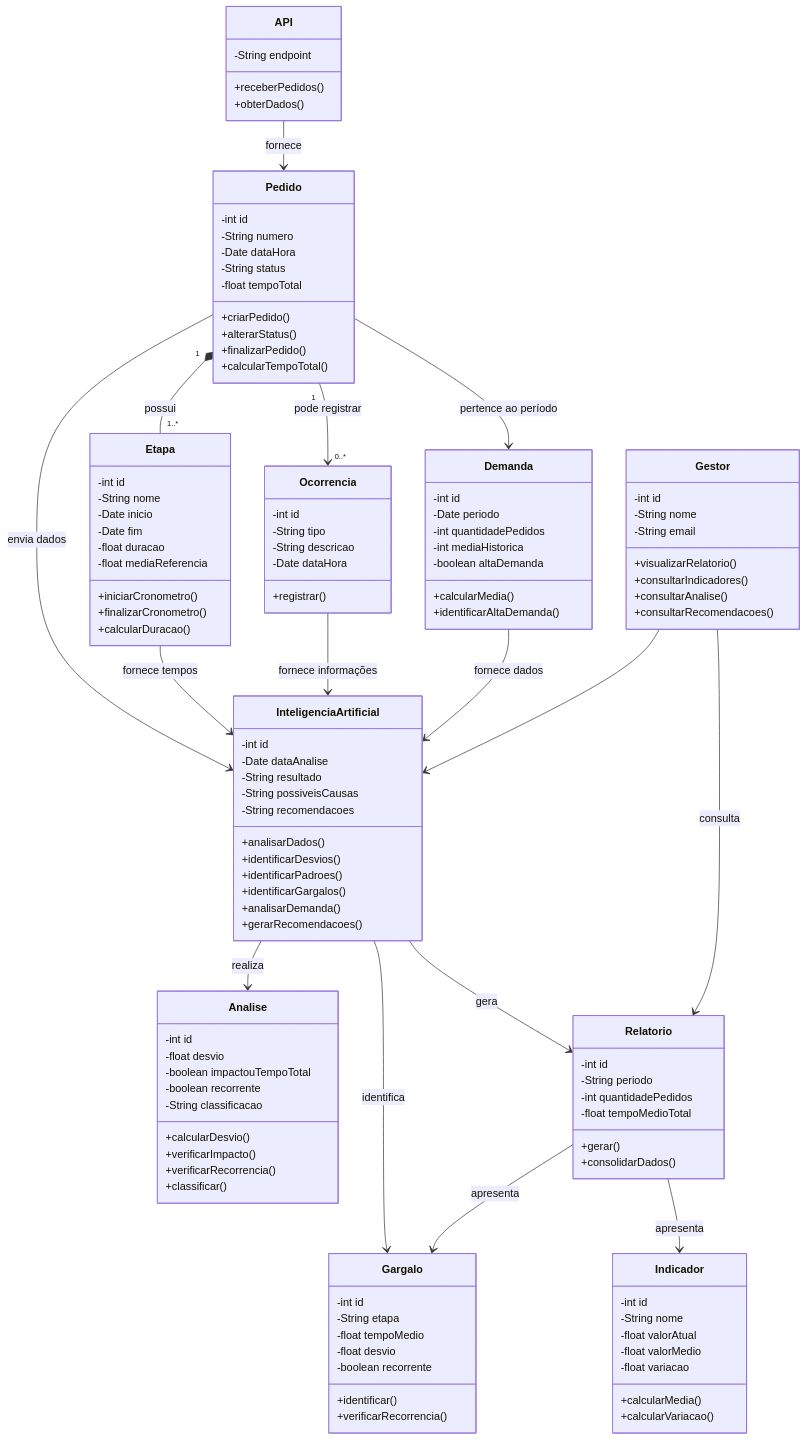
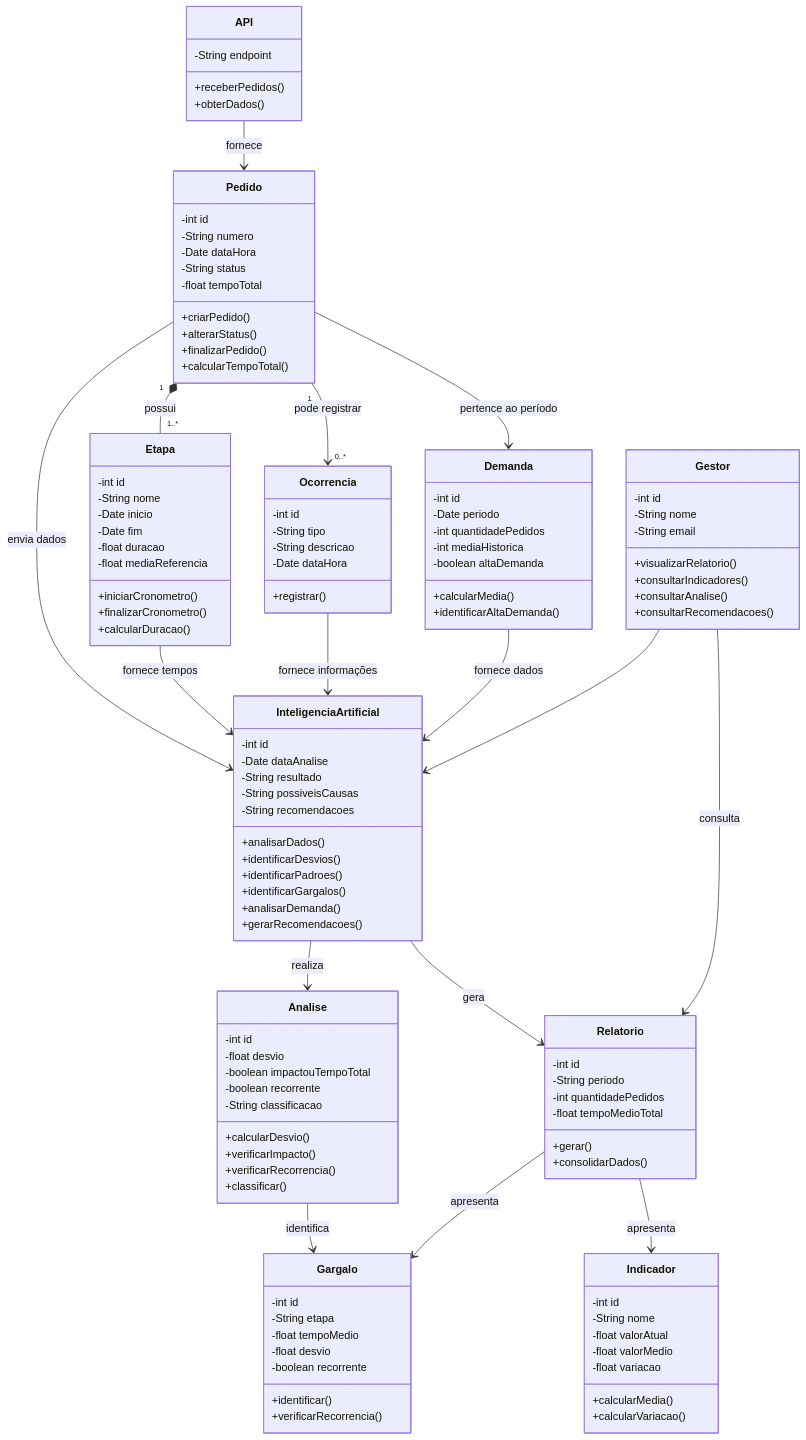
One commit to FaelzXit/FoodPoint changed the diagram in docx/DiagramaClasseFoodPoint.mmd. Above: the diagram before and after it, drawn with Mermaid.

Commit message:
Update relationship from InteligenciaArtificial to Analise

```diff
--- a/docx/DiagramaClasseFoodPoint.mmd
+++ b/docx/DiagramaClasseFoodPoint.mmd
@@ -1,130 +1,130 @@
 classDiagram
 direction TB
     class API {
 	    -String endpoint
 	    +receberPedidos()
 	    +obterDados()
     }
 
     class Pedido {
 	    -int id
 	    -String numero
 	    -Date dataHora
 	    -String status
 	    -float tempoTotal
 	    +criarPedido()
 	    +alterarStatus()
 	    +finalizarPedido()
 	    +calcularTempoTotal()
     }
 
     class Etapa {
 	    -int id
 	    -String nome
 	    -Date inicio
 	    -Date fim
 	    -float duracao
 	    -float mediaReferencia
 	    +iniciarCronometro()
 	    +finalizarCronometro()
 	    +calcularDuracao()
     }
 
     class Ocorrencia {
 	    -int id
 	    -String tipo
 	    -String descricao
 	    -Date dataHora
 	    +registrar()
     }
 
     class Demanda {
 	    -int id
 	    -Date periodo
 	    -int quantidadePedidos
 	    -int mediaHistorica
 	    -boolean altaDemanda
 	    +calcularMedia()
 	    +identificarAltaDemanda()
     }
 
     class InteligenciaArtificial {
 	    -int id
 	    -Date dataAnalise
 	    -String resultado
 	    -String possiveisCausas
 	    -String recomendacoes
 	    +analisarDados()
 	    +identificarDesvios()
 	    +identificarPadroes()
 	    +identificarGargalos()
 	    +analisarDemanda()
 	    +gerarRecomendacoes()
     }
 
     class Analise {
 	    -int id
 	    -float desvio
 	    -boolean impactouTempoTotal
 	    -boolean recorrente
 	    -String classificacao
 	    +calcularDesvio()
 	    +verificarImpacto()
 	    +verificarRecorrencia()
 	    +classificar()
     }
 
     class Gargalo {
 	    -int id
 	    -String etapa
 	    -float tempoMedio
 	    -float desvio
 	    -boolean recorrente
 	    +identificar()
 	    +verificarRecorrencia()
     }
 
     class Indicador {
 	    -int id
 	    -String nome
 	    -float valorAtual
 	    -float valorMedio
 	    -float variacao
 	    +calcularMedia()
 	    +calcularVariacao()
     }
 
     class Relatorio {
 	    -int id
 	    -String periodo
 	    -int quantidadePedidos
 	    -float tempoMedioTotal
 	    +gerar()
 	    +consolidarDados()
     }
 
     class Gestor {
 	    -int id
 	    -String nome
 	    -String email
 	    +visualizarRelatorio()
 	    +consultarIndicadores()
 	    +consultarAnalise()
 	    +consultarRecomendacoes()
     }
 
     API --> Pedido : fornece
     Pedido "1" *-- "1..*" Etapa : possui
     Pedido "1" --> "0..*" Ocorrencia : pode registrar
     Pedido --> Demanda : pertence ao período
     Pedido --> InteligenciaArtificial : envia dados
     Etapa --> InteligenciaArtificial : fornece tempos
     Ocorrencia --> InteligenciaArtificial : fornece informações
     Demanda --> InteligenciaArtificial : fornece dados
     InteligenciaArtificial --> Analise : realiza
-    InteligenciaArtificial --> Gargalo : identifica
+    Analise --> Gargalo : identifica
     InteligenciaArtificial --> Relatorio : gera
     Relatorio --> Indicador : apresenta
     Relatorio --> Gargalo : apresenta
     Gestor --> Relatorio : consulta
     Gestor --> InteligenciaArtificial
```
